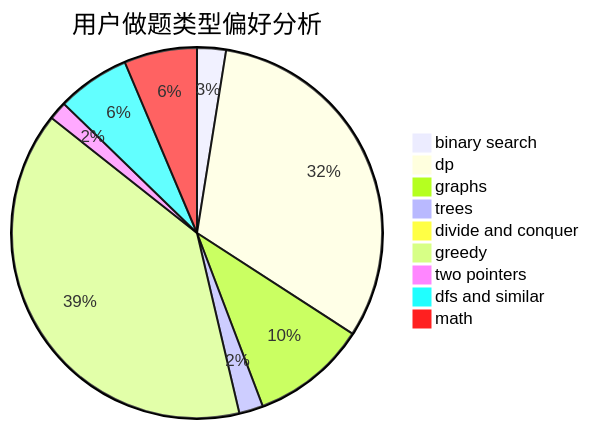
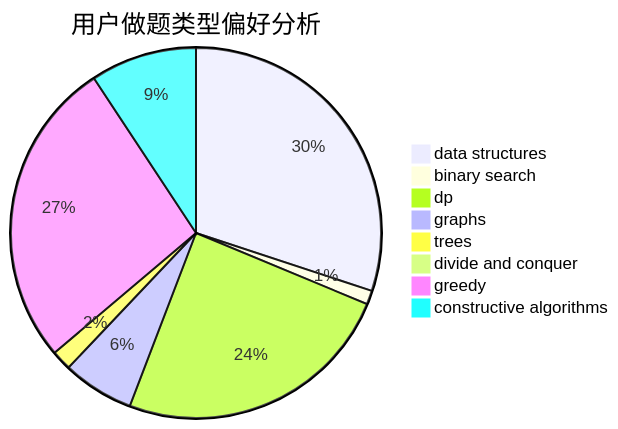
The second of 3 diagrams in docs/user/u257.md (sherpahu/cfrs.github.io), drawn with Mermaid before and after one commit. The commit also changed other lines of this file and 2775 other files, not shown here.

````diff
--- a/docs/user/u257.md
+++ b/docs/user/u257.md
@@ -23,12 +23,11 @@
 ```mermaid
 pie title 用户做题类型偏好分析
-    "binary search" :  36
-    "dp" :  452
-    "graphs" :  144
-    "trees" :  30
+    "data structures" :  447
+    "binary search" :  18
+    "dp" :  365
+    "graphs" :  93
+    "trees" :  26
     "divide and conquer" :  3
-    "greedy" :  562
-    "two pointers" :  23
-    "dfs and similar" :  91
-    "math" :  91
+    "greedy" :  400
+    "constructive algorithms" :  138
 ```
````
